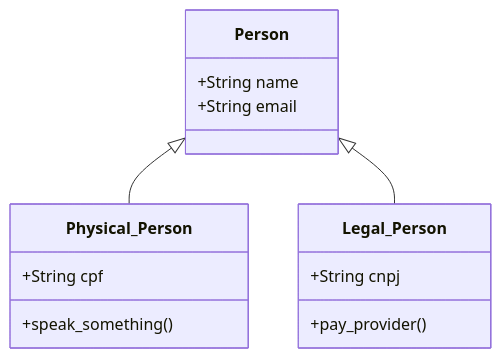
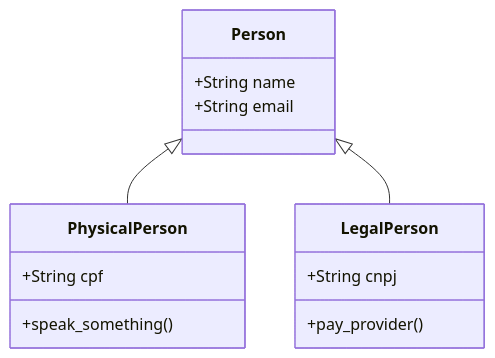
The diagram in README.md (henrique-souza/RubyOnRails_exercises), drawn with Mermaid before and after one commit. The commit also changed 1 other file, not shown here.

Commit message:
update course

````diff
--- a/README.md
+++ b/README.md
@@ -17,16 +17,16 @@
 ```mermaid
 classDiagram
-    Person <|-- Physical_Person
-    Person <|-- Legal_Person
+    Person <|-- PhysicalPerson
+    Person <|-- LegalPerson
     Person : +String name
     Person : +String email
     
-    class Physical_Person{
+    class PhysicalPerson{
         +String cpf
         +speak_something()
     }
-    class Legal_Person{
+    class LegalPerson{
         +String cnpj
         +pay_provider()
     }
 ```
````
